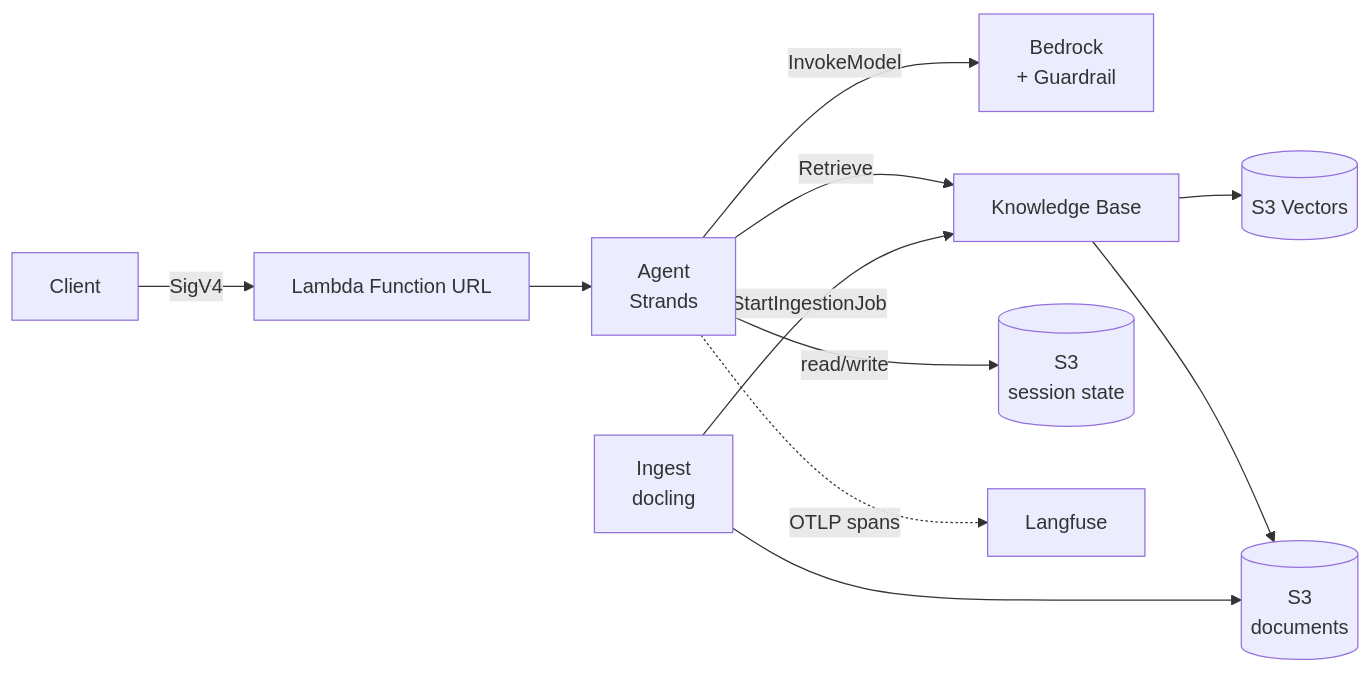
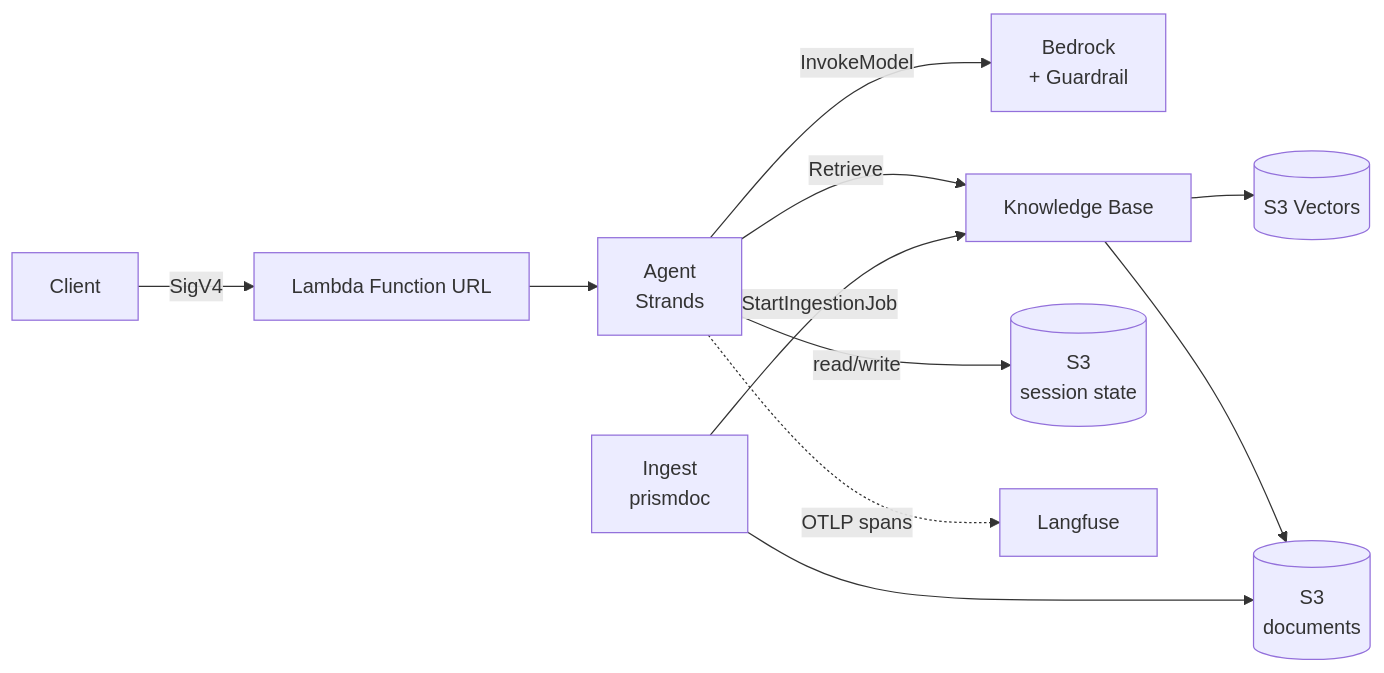
One commit to gnutvz/AWS-GenAI-Platform changed the first of 2 diagrams in docs/architecture.md. Above: the diagram before and after it, drawn with Mermaid. The commit also changed other lines of this file and 13 other files, not shown here.

````diff
--- a/docs/architecture.md
+++ b/docs/architecture.md
@@ -8,16 +8,16 @@
 ```mermaid
 flowchart LR
     U[Client] -->|SigV4| FU[Lambda Function URL]
     FU --> AG[Agent<br/>Strands]
 
     AG -->|InvokeModel| BR[Bedrock<br/>+ Guardrail]
     AG -->|Retrieve| KB[Knowledge Base]
     AG -->|read/write| SS[(S3<br/>session state)]
     AG -.->|OTLP spans| LF[Langfuse]
 
     KB --> VS[(S3 Vectors)]
     KB --> DOC[(S3<br/>documents)]
 
-    ING[Ingest<br/>docling] --> DOC
+    ING[Ingest<br/>prismdoc] --> DOC
     ING -->|StartIngestionJob| KB
 ```
````
